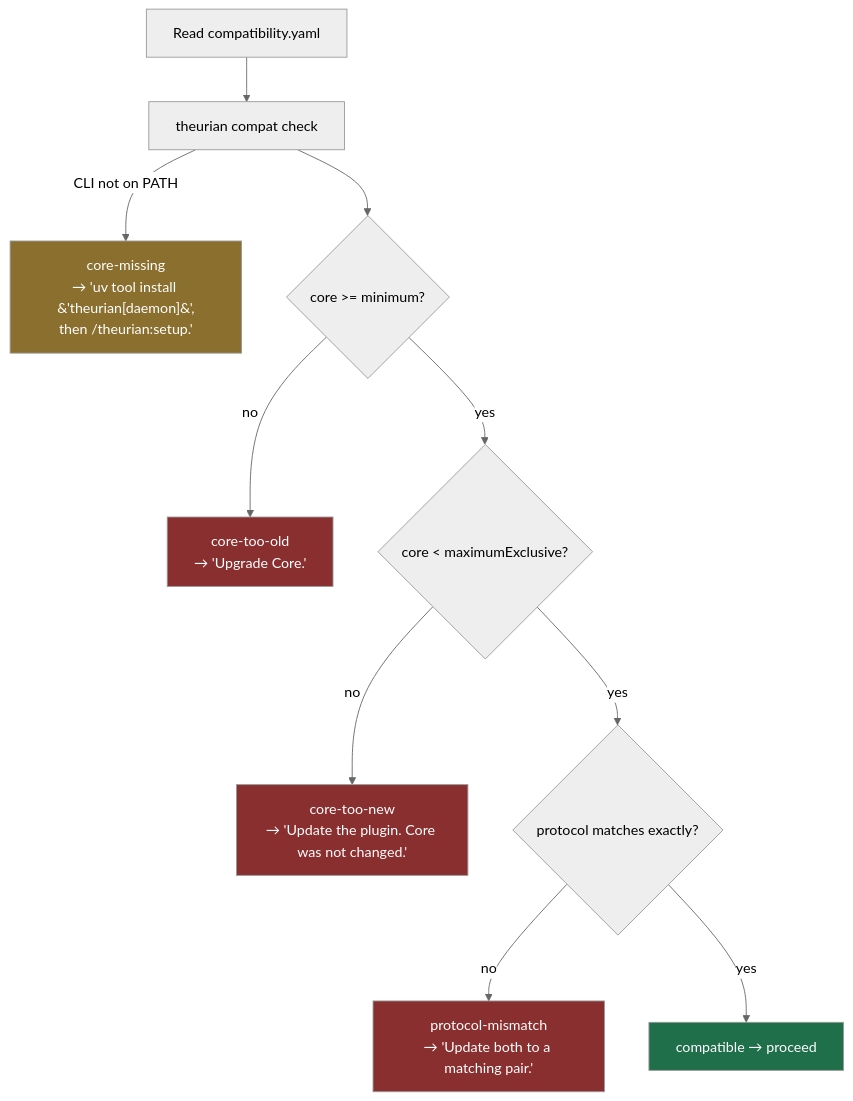
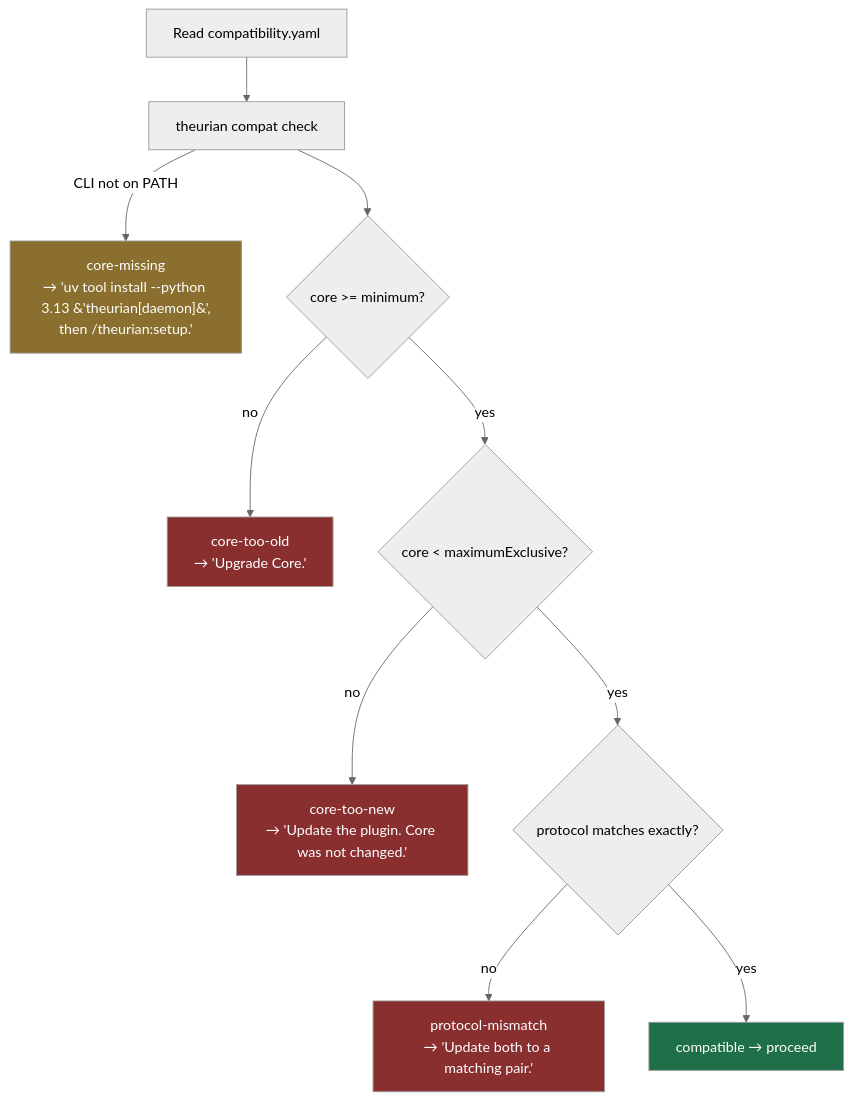
One commit to theurian/theurian changed the diagram in docs/protocol/plugin-core-compatibility.md. Above: the diagram before and after it, drawn with Mermaid (neutral theme). The commit also changed other lines of this file and 17 other files, not shown here.

First line of the commit message:
fix(core): qualify daemon install remedies

````diff
--- a/docs/protocol/plugin-core-compatibility.md
+++ b/docs/protocol/plugin-core-compatibility.md
@@ -128,18 +128,18 @@
 ```mermaid
 flowchart TD
     A["Read compatibility.yaml"] --> B["theurian compat check"]
-    B -->|"CLI not on PATH"| Z1["core-missing<br/>→ 'uv tool install &#39;theurian[daemon]&#39;,<br/>then /theurian:setup.'"]
+    B -->|"CLI not on PATH"| Z1["core-missing<br/>→ 'uv tool install --python 3.13 &#39;theurian[daemon]&#39;,<br/>then /theurian:setup.'"]
     B --> C{"core >= minimum?"}
     C -->|no| Z2["core-too-old<br/>→ 'Upgrade Core.'"]
     C -->|yes| D{"core < maximumExclusive?"}
     D -->|no| Z3["core-too-new<br/>→ 'Update the plugin. Core was not changed.'"]
     D -->|yes| E{"protocol matches exactly?"}
     E -->|no| Z4["protocol-mismatch<br/>→ 'Update both to a matching pair.'"]
     E -->|yes| F["compatible → proceed"]
 
     style F fill:#1f6f4a,color:#fff
     style Z1 fill:#8a6f2f,color:#fff
     style Z2 fill:#8a2f2f,color:#fff
     style Z3 fill:#8a2f2f,color:#fff
     style Z4 fill:#8a2f2f,color:#fff
 ```
````
